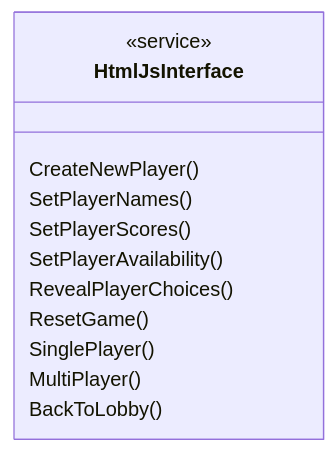
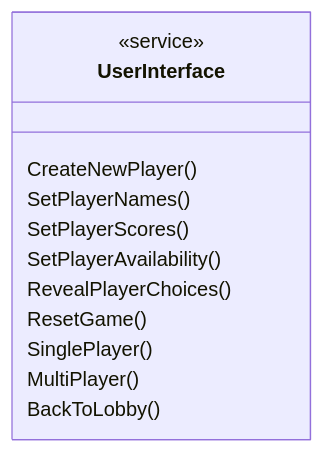
The sixth of 6 diagrams in README.md (Icarusoncloud9/Rock-Paper-Scissors), drawn with Mermaid before and after one commit. The commit also changed other lines of this file and 6 other files, not shown here.

````diff
--- a/README.md
+++ b/README.md
@@ -150,16 +151,16 @@
 ```mermaid
 classDiagram
-class HtmlJsInterface {
+class UserInterface {
     <<service>>
 
     CreateNewPlayer()
     SetPlayerNames()
     SetPlayerScores()
     SetPlayerAvailability()
     RevealPlayerChoices()
     ResetGame()
     SinglePlayer()
     MultiPlayer()
     BackToLobby()
 }
 ```
````
